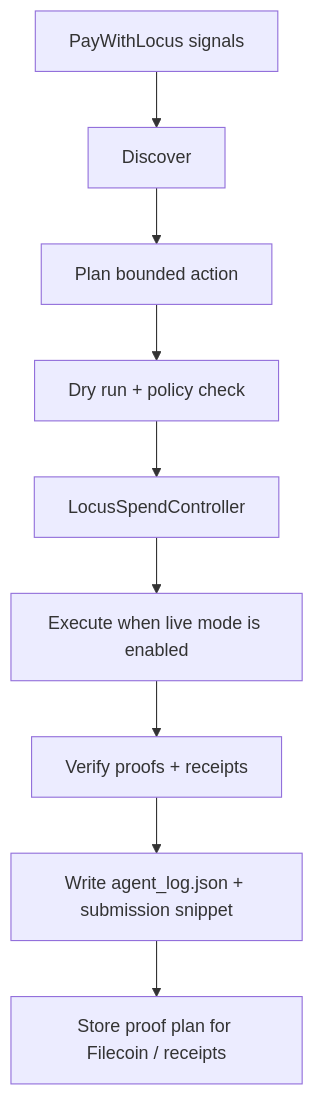
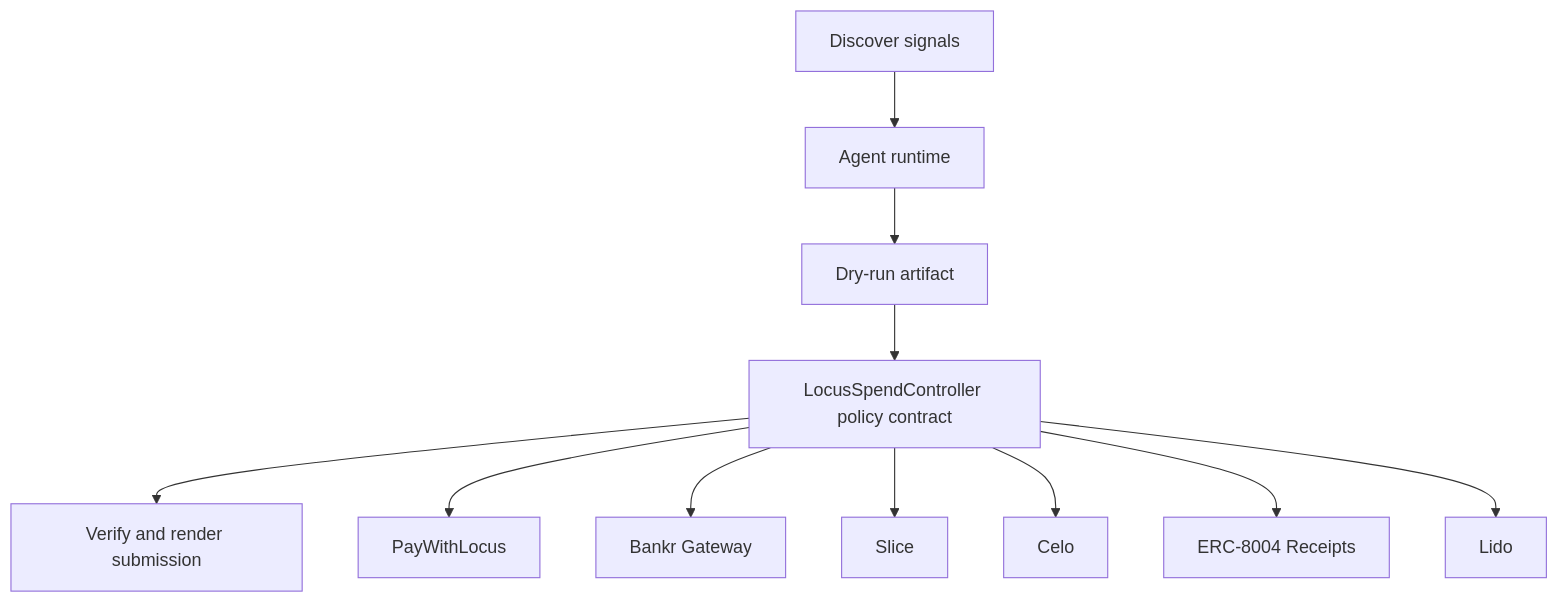
The diagram in README.md (CrystallineButterfly/Synthesis-PayWithLocus), drawn with Mermaid before and after one commit. The commit also changed other lines of this file and 998 other files, not shown here.

Commit message:
Implement bounded agent runtime

````diff
--- a/README.md
+++ b/README.md
@@ -30,11 +26,15 @@
-        ```mermaid
-        flowchart TD
-    Signals[PayWithLocus signals] --> Discover[Discover]
-    Discover --> Plan[Plan bounded action]
-    Plan --> DryRun[Dry run + policy check]
-    DryRun --> Guard[LocusSpendController]
-    Guard --> Execute[Execute when live mode is enabled]
-    Execute --> Verify[Verify proofs + receipts]
-    Verify --> Persist[Write agent_log.json + submission snippet]
-    Persist --> Storage[Store proof plan for Filecoin / receipts]
-        ```
+```mermaid
+flowchart TD
+    Signals[Discover signals]
+    Planner[Agent runtime]
+    DryRun[Dry-run artifact]
+    Contract[LocusSpendController policy contract]
+    Verify[Verify and render submission]
+    Signals --> Planner --> DryRun --> Contract --> Verify
+    Contract --> paywithlocus[PayWithLocus]
+    Contract --> bankr_gateway[Bankr Gateway]
+    Contract --> slice[Slice]
+    Contract --> celo[Celo]
+    Contract --> erc_8004_receipts[ERC-8004 Receipts]
+    Contract --> lido[Lido]
+```
````
